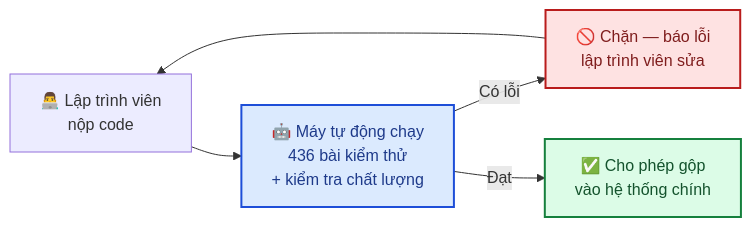
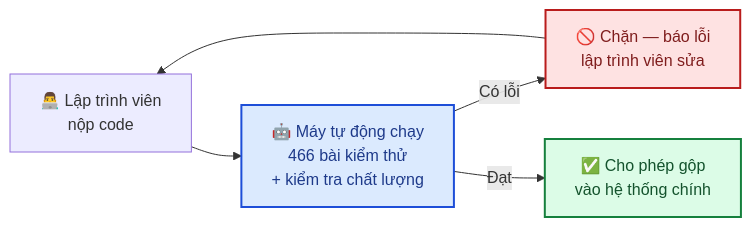
The second of 2 diagrams in docs/gitbook/06-de-xuat.md (Hungvu0712/FLOWER), drawn with Mermaid before and after one commit. The commit also changed other lines of this file and 44 other files, not shown here.

````diff
--- a/docs/gitbook/06-de-xuat.md
+++ b/docs/gitbook/06-de-xuat.md
@@ -73,11 +73,11 @@
 ```mermaid
 flowchart LR
-    D["👨‍💻 Lập trình viên<br/>nộp code"] --> CI["🤖 Máy tự động chạy<br/>436 bài kiểm thử<br/>+ kiểm tra chất lượng"]
+    D["👨‍💻 Lập trình viên<br/>nộp code"] --> CI["🤖 Máy tự động chạy<br/>466 bài kiểm thử<br/>+ kiểm tra chất lượng"]
     CI -->|Có lỗi| BLOCK["🚫 Chặn — báo lỗi<br/>lập trình viên sửa"]
     CI -->|Đạt| MERGE["✅ Cho phép gộp<br/>vào hệ thống chính"]
     BLOCK --> D
 
     style CI fill:#dbeafe,stroke:#1d4ed8,stroke-width:2px,color:#1e3a8a
     style BLOCK fill:#fee2e2,stroke:#b91c1c,stroke-width:2px,color:#7f1d1d
     style MERGE fill:#dcfce7,stroke:#15803d,stroke-width:2px,color:#14532d
 ```
````
